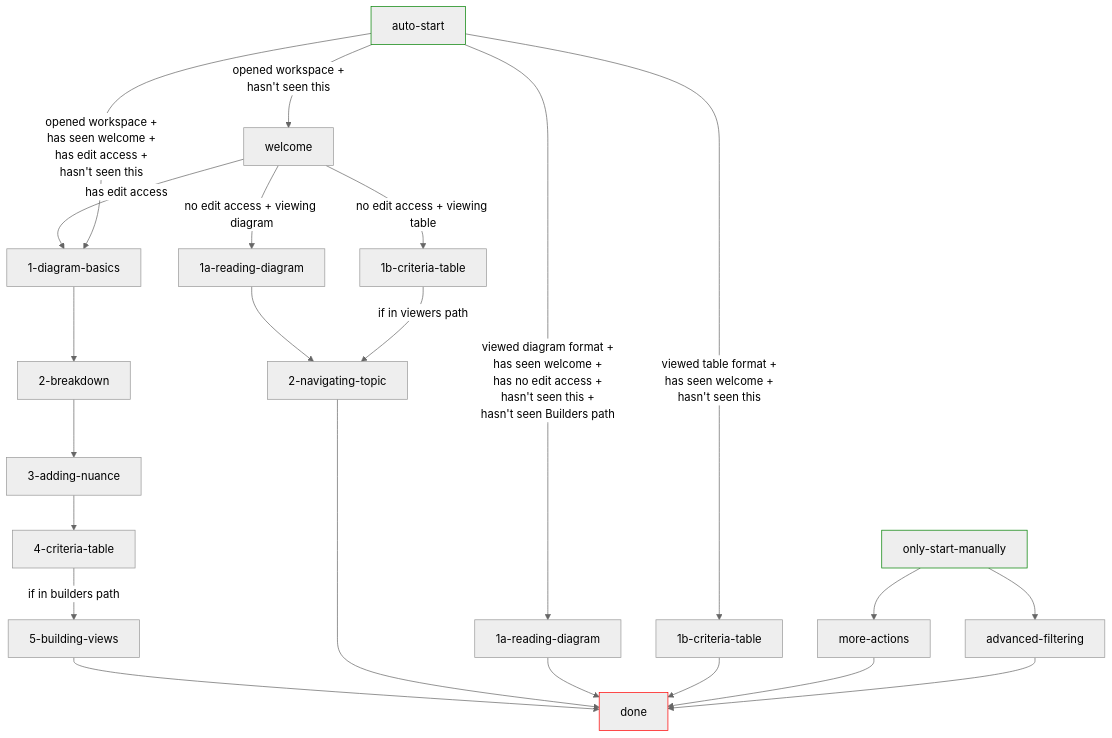
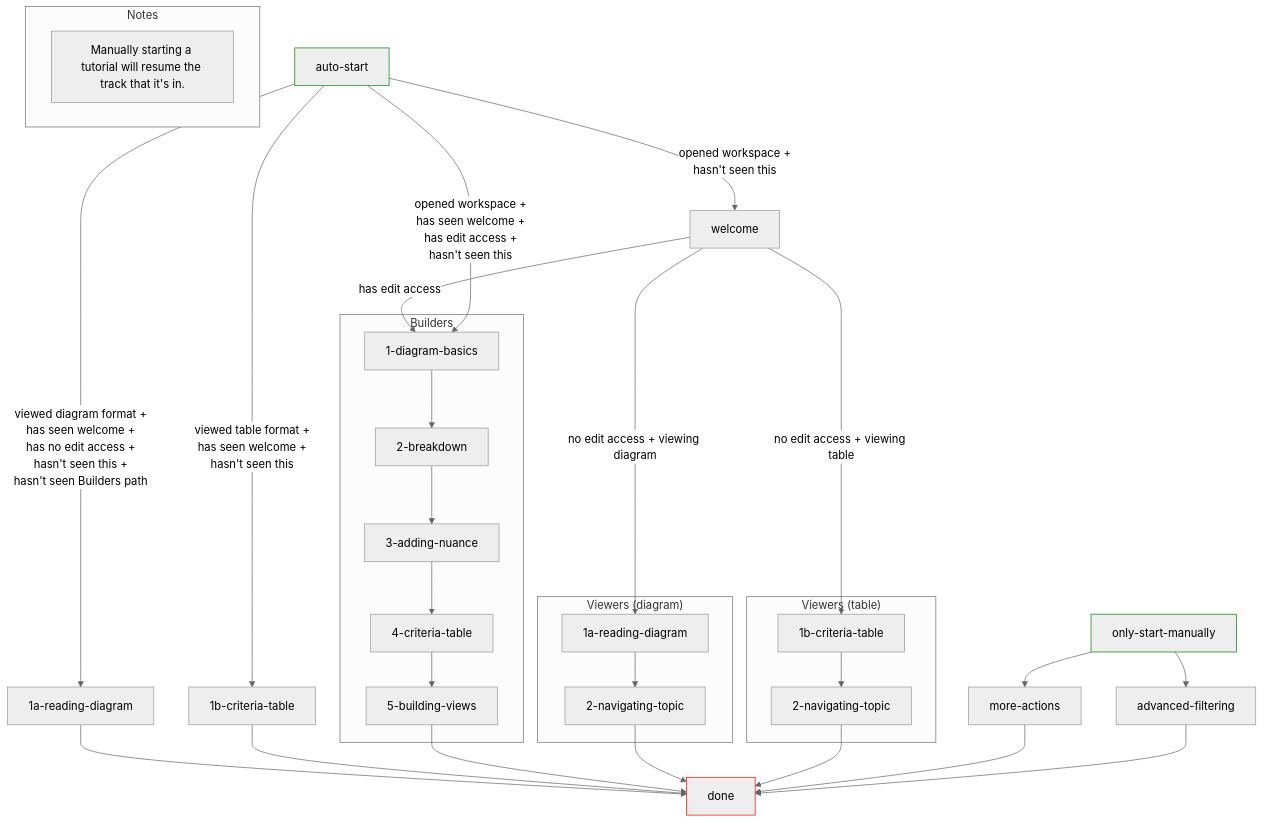
The diagram in design-docs/tutorial-paths.md (amelioro/ameliorate), drawn with Mermaid (neutral theme) before and after one commit. The commit also changed 8 other files, not shown here.

Commit message:
refactor: use track to control tutorial steps

````diff
--- a/design-docs/tutorial-paths.md
+++ b/design-docs/tutorial-paths.md
@@ -5,59 +5,77 @@
 ```mermaid
 flowchart TD
     welcome
     only-start-manually
     auto-start
     done
+
+    %% autostart
+    autostart-reading-diagram[1a-reading-diagram]
+    autostart-criteria-table[1b-criteria-table]
+
+    auto-start -- opened workspace + <br/> hasn't seen this --> welcome
+
+    welcome -- has edit access --> 1-diagram-basics
+    welcome -- no edit access + viewing diagram --> diagram-1a-reading-diagram
+    welcome -- no edit access + viewing table --> table-1b-criteria-table
+
+    auto-start -- viewed table format + <br/> has seen welcome + <br/> hasn't seen this --> autostart-criteria-table
+    auto-start -- viewed diagram format + <br/> has seen welcome + <br/> has no edit access + <br/> hasn't seen this + <br/> hasn't seen Builders path --> autostart-reading-diagram
+    auto-start -- opened workspace + <br/> has seen welcome + <br/> has edit access + <br/> hasn't seen this --> 1-diagram-basics
+
+    autostart-reading-diagram --> done
+    autostart-criteria-table --> done
 
     %% builders
     1-diagram-basics
     2-breakdown
     3-adding-nuance
     4-criteria-table
     5-building-views
 
-    %% viewers
-    1a-reading-diagram
-    1b-criteria-table
-    2-navigating-topic
-    3a-reading-diagram[1a-reading-diagram]
-    3b-criteria-table[1b-criteria-table]
+    subgraph Builders
+        1-diagram-basics --> 2-breakdown
+        2-breakdown --> 3-adding-nuance
+        3-adding-nuance --> 4-criteria-table
+        4-criteria-table --> 5-building-views
+    end
+    5-building-views --> done
+
+    %% diagramViewers
+    diagram-1a-reading-diagram[1a-reading-diagram]
+    diagram-2-navigating-topic[2-navigating-topic]
+
+    subgraph DiagramViewers["Viewers (diagram)"]
+        diagram-1a-reading-diagram --> diagram-2-navigating-topic
+    end
+    diagram-2-navigating-topic --> done
+
+    %% tableViewers
+    table-1b-criteria-table[1b-criteria-table]
+    table-2-navigating-topic[2-navigating-topic]
+
+    subgraph TableViewers["Viewers (table)"]
+        table-1b-criteria-table --> table-2-navigating-topic
+    end
+    table-2-navigating-topic --> done
 
     %% experts
     more-actions
     advanced-filtering
-
-    auto-start -- opened workspace + <br/> hasn't seen this --> welcome
-
-    welcome -- has edit access --> 1-diagram-basics
-    welcome -- no edit access + viewing diagram --> 1a-reading-diagram
-    welcome -- no edit access + viewing table --> 1b-criteria-table
-
-    1-diagram-basics --> 2-breakdown
-    2-breakdown --> 3-adding-nuance
-    3-adding-nuance --> 4-criteria-table
-    4-criteria-table -- if in builders path --> 5-building-views
-    5-building-views --> done
-
-    1a-reading-diagram --> 2-navigating-topic
-    1b-criteria-table -- if in viewers path --> 2-navigating-topic
-
-    2-navigating-topic --> done
-
-    auto-start -- viewed table format + <br/> has seen welcome + <br/> hasn't seen this --> 3b-criteria-table
-    auto-start -- viewed diagram format + <br/> has seen welcome + <br/> has no edit access + <br/> hasn't seen this + <br/> hasn't seen Builders path --> 3a-reading-diagram
-    auto-start -- opened workspace + <br/> has seen welcome + <br/> has edit access + <br/> hasn't seen this --> 1-diagram-basics
-
-    3a-reading-diagram --> done
-    3b-criteria-table --> done
 
     only-start-manually --> more-actions
     more-actions --> done
 
     only-start-manually --> advanced-filtering
     advanced-filtering --> done
 
+    %% notes
+    subgraph Notes
+        note1["Manually starting a tutorial will resume the track that it's in."]
+    end
+
+    %% style
     style only-start-manually stroke:green
     style auto-start stroke:green
     style done stroke:red
 ```
````
